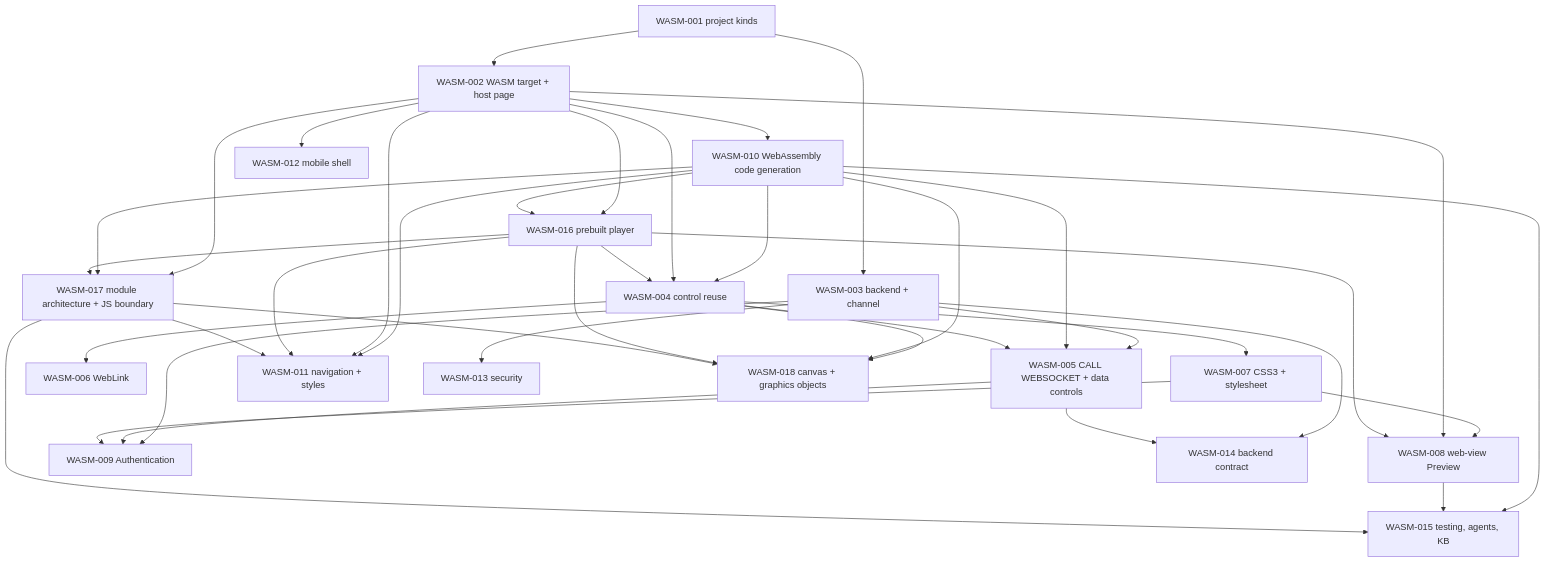
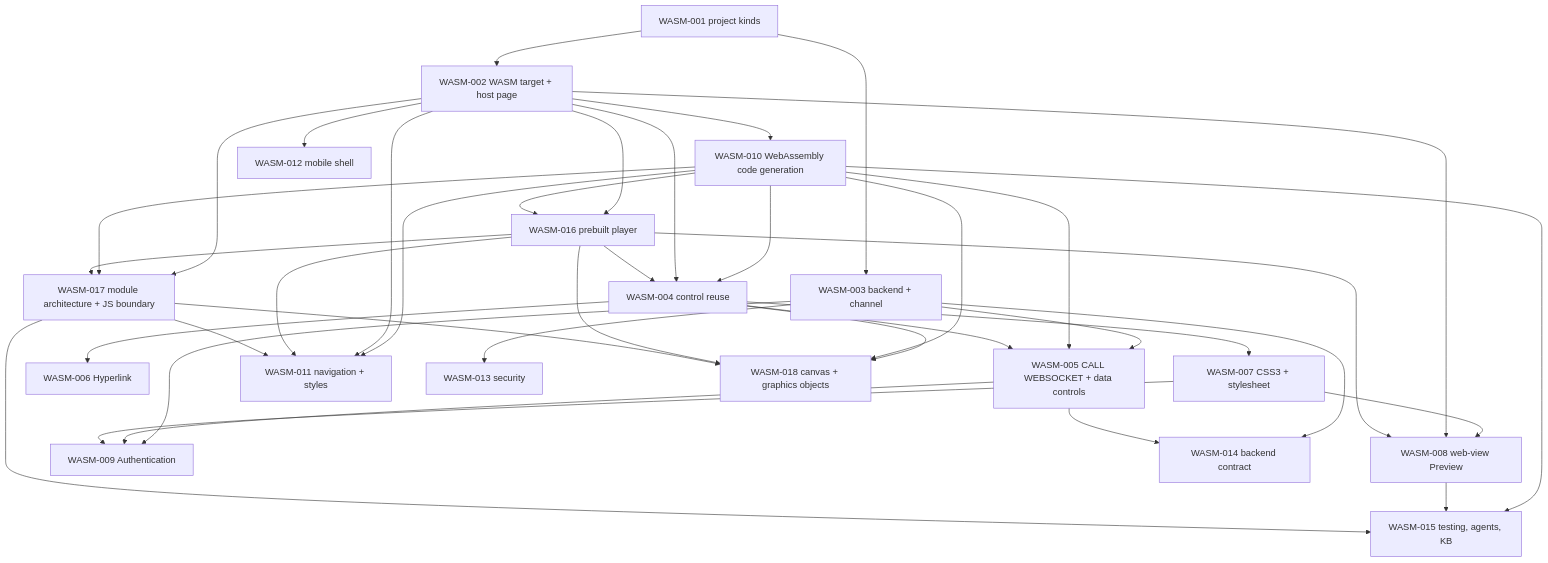
One commit to CloudLandBeta/PowerRustCOBOL changed the second of 2 diagrams in specs/WASM-INDEX.md. Above: the diagram before and after it, drawn with Mermaid. The commit also changed other lines of this file and 25 other files, not shown here.

````diff
--- a/specs/WASM-INDEX.md
+++ b/specs/WASM-INDEX.md
@@ -78,40 +78,40 @@
 ```mermaid
 flowchart TD
   W1["WASM-001 project kinds"] --> W2["WASM-002 WASM target + host page"]
   W1 --> W3["WASM-003 backend + channel"]
   W2 --> W10["WASM-010 WebAssembly code generation"]
   W10 --> W4["WASM-004 control reuse"]
   W2 --> W4
   W3 --> W5["WASM-005 CALL WEBSOCKET + data controls"]
   W10 --> W5
   W4 --> W5
-  W4 --> W6["WASM-006 WebLink"]
+  W4 --> W6["WASM-006 Hyperlink"]
   W4 --> W7["WASM-007 CSS3 + stylesheet"]
   W7 --> W8["WASM-008 web-view Preview"]
   W2 --> W8
   W3 --> W9["WASM-009 Authentication"]
   W5 --> W9
   W7 --> W9
   W10 --> W11["WASM-011 navigation + styles"]
   W2 --> W11
   W2 --> W12["WASM-012 mobile shell"]
   W3 --> W14["WASM-014 backend contract"]
   W5 --> W14
   W3 --> W13["WASM-013 security"]
   W10 --> W15["WASM-015 testing, agents, KB"]
   W8 --> W15
   W2 --> W16["WASM-016 prebuilt player"]
   W10 --> W16
   W16 --> W4
   W16 --> W8
   W16 --> W11
   W2 --> W17["WASM-017 module architecture + JS boundary"]
   W10 --> W17
   W16 --> W17
   W17 --> W11
   W17 --> W15
   W4 --> W18["WASM-018 canvas + graphics objects"]
   W10 --> W18
   W16 --> W18
   W17 --> W18
 ```
````
